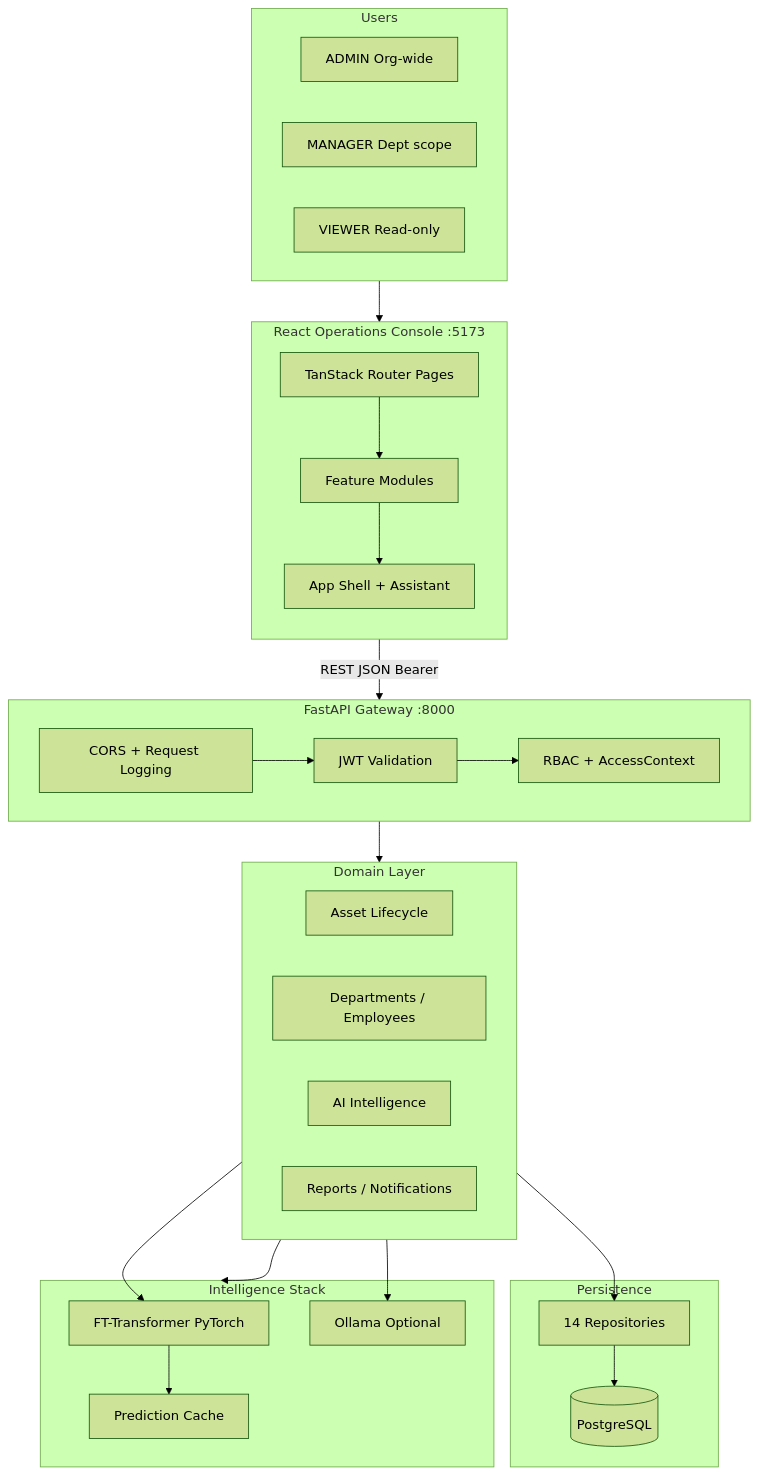
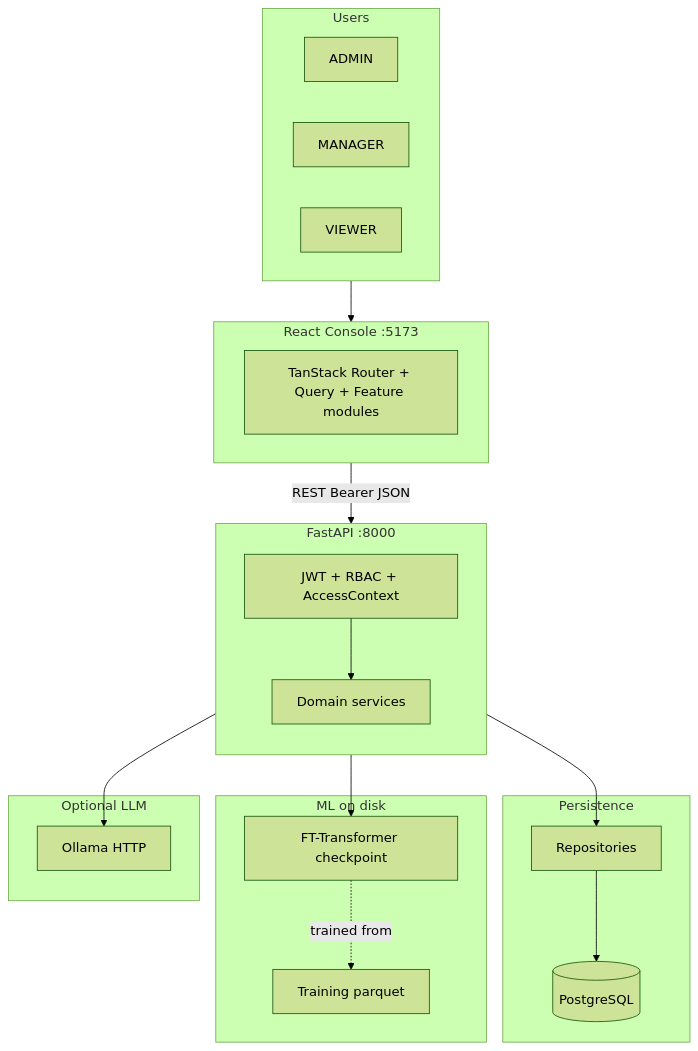
Before and after one commit to monishabharadwaj/AssetFlow: the first of 2 diagrams in README.md, drawn with Mermaid (forest theme). The commit also changed other lines of this file, not shown here.

````diff
--- a/README.md
+++ b/README.md
@@ -52,52 +52,41 @@
 ```mermaid
 flowchart TB
   subgraph users [Users]
-    Admin[ADMIN Org-wide]
-    Manager[MANAGER Dept scope]
-    Viewer[VIEWER Read-only]
+    Admin[ADMIN]
+    Manager[MANAGER]
+    Viewer[VIEWER]
   end
 
-  subgraph console [React Operations Console :5173]
-    direction TB
-    Routes[TanStack Router Pages]
-    Features[Feature Modules]
-    Shell[App Shell + Assistant]
-    Routes --> Features --> Shell
+  subgraph console [React Console :5173]
+    FE[TanStack Router + Query + Feature modules]
   end
 
-  subgraph gateway [FastAPI Gateway :8000]
-    CORS[CORS + Request Logging]
-    JWT[JWT Validation]
-    RBAC[RBAC + AccessContext]
-    CORS --> JWT --> RBAC
+  subgraph api [FastAPI :8000]
+  direction TB
+    GW[JWT + RBAC + AccessContext]
+    SVC[Domain services]
+    GW --> SVC
   end
 
-  subgraph domain [Domain Layer]
-  direction LR
-    Life[Asset Lifecycle]
-    Org[Departments / Employees]
-    Intel[AI Intelligence]
-    Ops[Reports / Notifications]
+  subgraph data [Persistence]
+    PG[(PostgreSQL)]
+    REPO[Repositories]
+    REPO --> PG
   end
 
-  subgraph persistence [Persistence]
-    PG[(PostgreSQL)]
-    Repos[14 Repositories]
-    Repos --> PG
+  subgraph ml [ML on disk]
+    FT[FT-Transformer checkpoint]
+    PARQ[Training parquet]
   end
 
-  subgraph intelligence [Intelligence Stack]
-    ML[FT-Transformer PyTorch]
-    Cache[Prediction Cache]
-    LLM[Ollama Optional]
-    ML --> Cache
+  subgraph llm [Optional LLM]
+    OLL[Ollama HTTP]
   end
 
   users --> console
-  console -->|REST JSON Bearer| gateway
-  gateway --> domain
-  domain --> Repos
-  domain --> intelligence
-  Intel --> ML
-  Ops --> LLM
+  console -->|REST Bearer JSON| GW
+  SVC --> REPO
+  SVC --> FT
+  SVC --> OLL
+  FT -.->|trained from| PARQ
 ```
````
